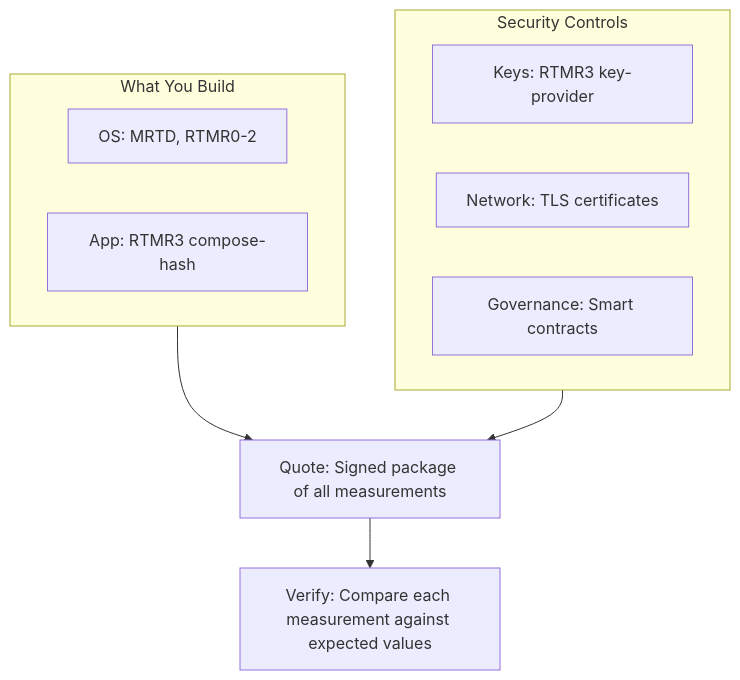
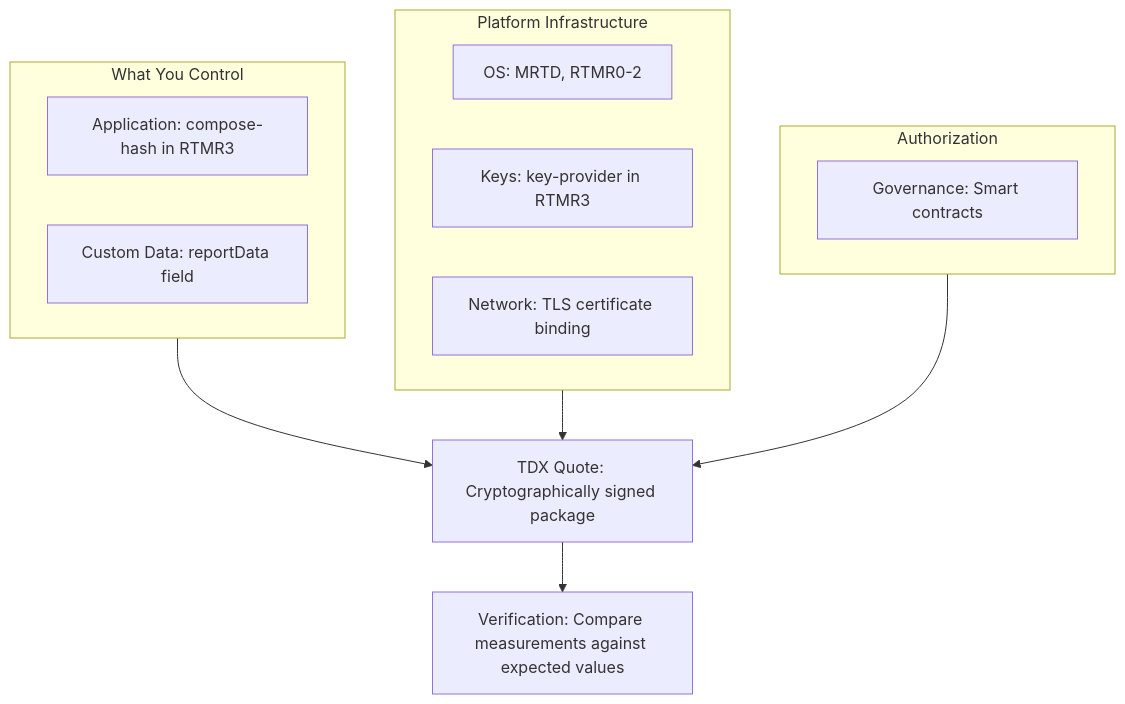
The first of 2 diagrams in phala-cloud/attestation/chain-of-trust.mdx (Phala-Network/phala-docs), drawn with Mermaid before and after one commit. The commit also changed other lines of this file and 8 other files, not shown here.

````diff
--- a/phala-cloud/attestation/chain-of-trust.mdx
+++ b/phala-cloud/attestation/chain-of-trust.mdx
@@ -12,17 +26,22 @@
 ```mermaid
 flowchart TB
-    subgraph L1[What You Build]
-        A[OS: MRTD, RTMR0-2]
-        B[App: RTMR3 compose-hash]
+    subgraph L1[What You Control]
+        B[Application: compose-hash in RTMR3]
+        G[Custom Data: reportData field]
     end
 
-    subgraph L2[Security Controls]
-        C[Keys: RTMR3 key-provider]
-        D[Network: TLS certificates]
+    subgraph L2[Platform Infrastructure]
+        A[OS: MRTD, RTMR0-2]
+        C[Keys: key-provider in RTMR3]
+        D[Network: TLS certificate binding]
+    end
+
+    subgraph L3[Authorization]
         E[Governance: Smart contracts]
     end
 
-    L1 --> Q[Quote: Signed package of all measurements]
+    L1 --> Q[TDX Quote: Cryptographically signed package]
     L2 --> Q
-    Q --> V[Verify: Compare each measurement against expected values]
+    L3 --> Q
+    Q --> V[Verification: Compare measurements against expected values]
 ```
````
